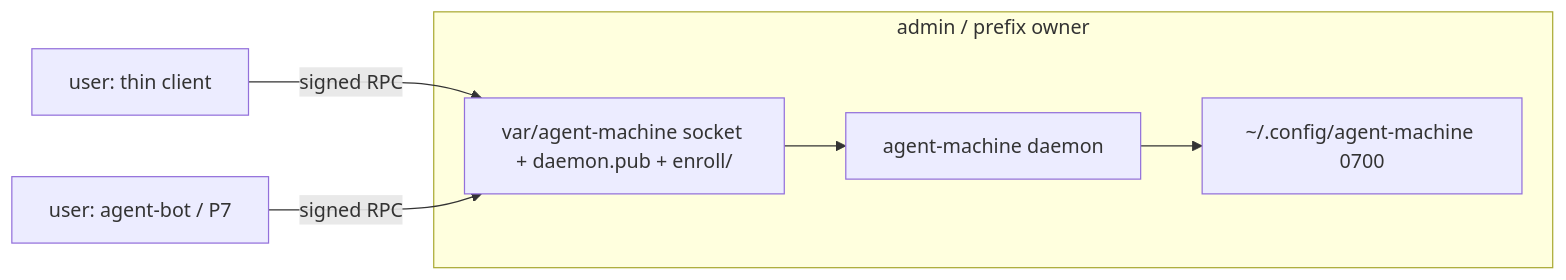
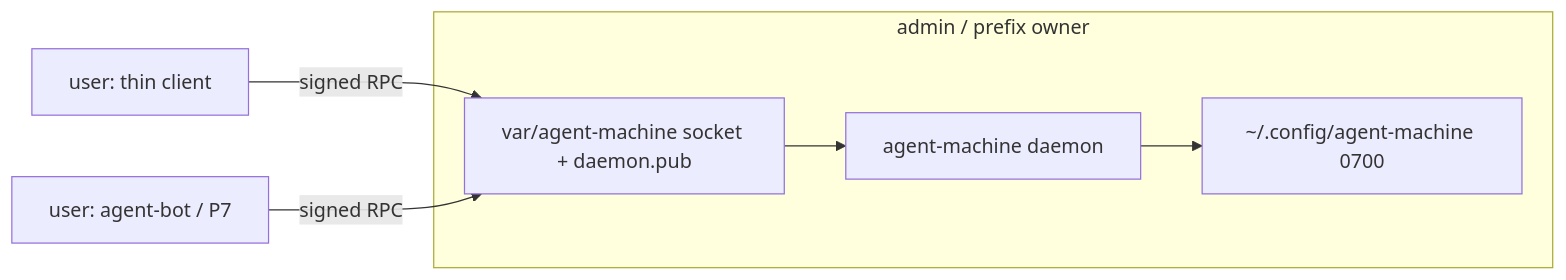
Before and after one commit to true-line/agent-bot-machine: the diagram in docs/plans/cross-account-channel.md, drawn with Mermaid. The commit also changed other lines of this file and 8 other files, not shown here.

````diff
--- a/docs/plans/cross-account-channel.md
+++ b/docs/plans/cross-account-channel.md
@@ -46,12 +46,12 @@
 ```mermaid
 flowchart LR
   userTerm["user: thin client"] -->|"signed RPC"| ch
   agentBot["user: agent-bot / P7"] -->|"signed RPC"| ch
   subgraph prefixOwner [admin / prefix owner]
-    ch["var/agent-machine socket + daemon.pub + enroll/"]
+    ch["var/agent-machine socket + daemon.pub"]
     exec["agent-machine daemon"]
     keys["~/.config/agent-machine 0700"]
   end
   ch --> exec
   exec --> keys
 ```
````
